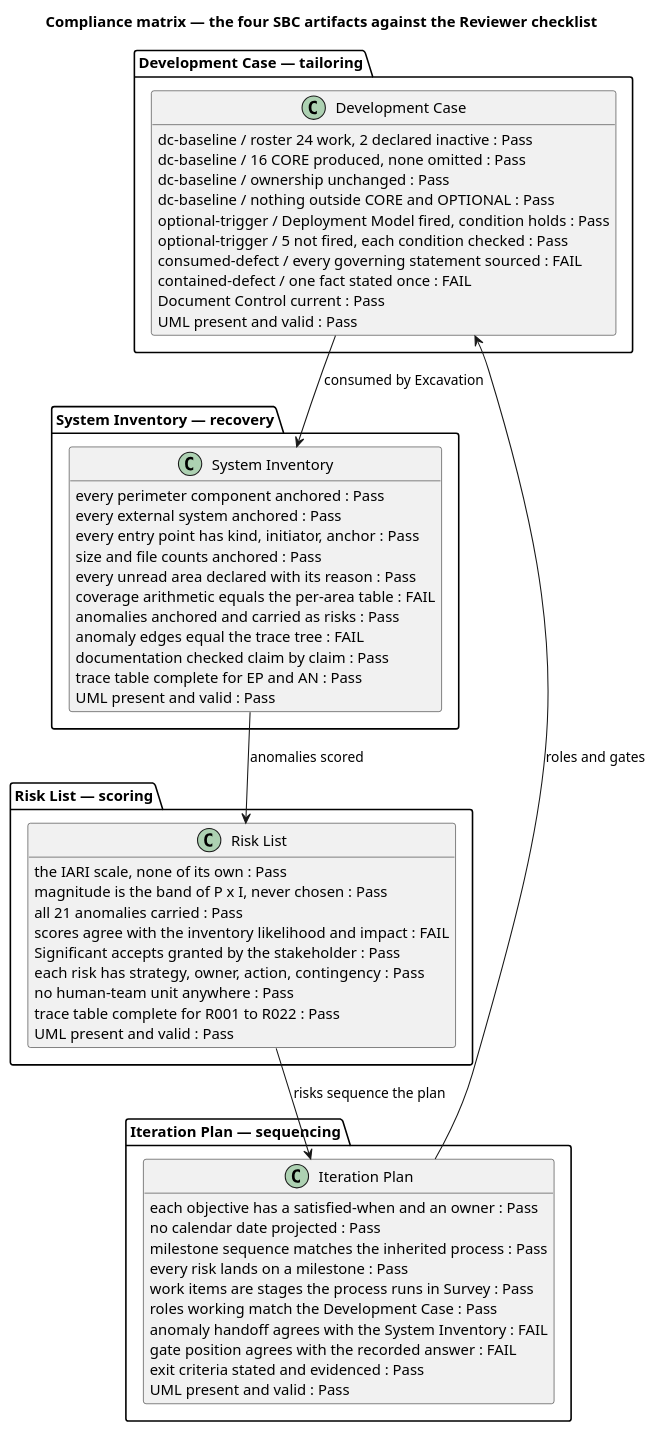
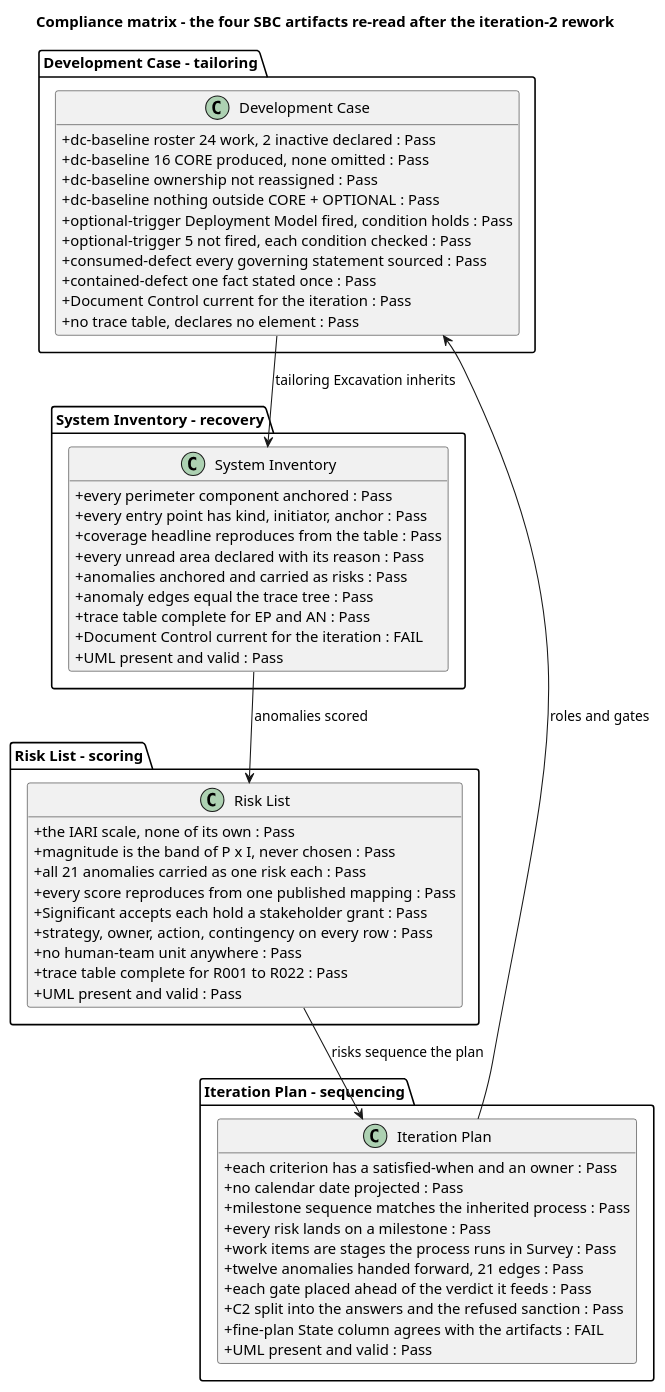
One commit to banense-test/TodoApp changed the first of 15 diagrams in docs/artifacts/project-management/review-record.md. Above: the diagram before and after it, drawn with PlantUML. The commit also changed other lines of this file, not shown here.

Commit message:
Reviewer [Survey2]: upsert Review Record
[skip ci]

````diff
--- a/docs/artifacts/project-management/review-record.md
+++ b/docs/artifacts/project-management/review-record.md
@@ -49,74 +47,72 @@
 ```plantuml
 @startuml
-title Compliance matrix — the four SBC artifacts against the Reviewer checklist
+title Compliance matrix - the four SBC artifacts re-read after the iteration-2 rework
 
 skinparam classAttributeIconSize 0
 skinparam shadowing false
 hide empty members
 
-package "Development Case — tailoring" {
+package "Development Case - tailoring" {
   class "Development Case" as DC {
-    dc-baseline / roster 24 work, 2 declared inactive : Pass
-    dc-baseline / 16 CORE produced, none omitted : Pass
-    dc-baseline / ownership unchanged : Pass
-    dc-baseline / nothing outside CORE and OPTIONAL : Pass
-    optional-trigger / Deployment Model fired, condition holds : Pass
-    optional-trigger / 5 not fired, each condition checked : Pass
-    consumed-defect / every governing statement sourced : FAIL
-    contained-defect / one fact stated once : FAIL
-    Document Control current : Pass
-    UML present and valid : Pass
+    + dc-baseline roster 24 work, 2 inactive declared : Pass
+    + dc-baseline 16 CORE produced, none omitted : Pass
+    + dc-baseline ownership not reassigned : Pass
+    + dc-baseline nothing outside CORE + OPTIONAL : Pass
+    + optional-trigger Deployment Model fired, condition holds : Pass
+    + optional-trigger 5 not fired, each condition checked : Pass
+    + consumed-defect every governing statement sourced : Pass
+    + contained-defect one fact stated once : Pass
+    + Document Control current for the iteration : Pass
+    + no trace table, declares no element : Pass
   }
 }
 
-package "System Inventory — recovery" {
+package "System Inventory - recovery" {
   class "System Inventory" as SI {
-    every perimeter component anchored : Pass
-    every external system anchored : Pass
-    every entry point has kind, initiator, anchor : Pass
-    size and file counts anchored : Pass
-    every unread area declared with its reason : Pass
-    coverage arithmetic equals the per-area table : FAIL
-    anomalies anchored and carried as risks : Pass
-    anomaly edges equal the trace tree : FAIL
-    documentation checked claim by claim : Pass
-    trace table complete for EP and AN : Pass
-    UML present and valid : Pass
+    + every perimeter component anchored : Pass
+    + every entry point has kind, initiator, anchor : Pass
+    + coverage headline reproduces from the table : Pass
+    + every unread area declared with its reason : Pass
+    + anomalies anchored and carried as risks : Pass
+    + anomaly edges equal the trace tree : Pass
+    + trace table complete for EP and AN : Pass
+    + Document Control current for the iteration : FAIL
+    + UML present and valid : Pass
   }
 }
 
-package "Risk List — scoring" {
+package "Risk List - scoring" {
   class "Risk List" as RL {
-    the IARI scale, none of its own : Pass
-    magnitude is the band of P x I, never chosen : Pass
-    all 21 anomalies carried : Pass
-    scores agree with the inventory likelihood and impact : FAIL
-    Significant accepts granted by the stakeholder : Pass
-    each risk has strategy, owner, action, contingency : Pass
-    no human-team unit anywhere : Pass
-    trace table complete for R001 to R022 : Pass
-    UML present and valid : Pass
+    + the IARI scale, none of its own : Pass
+    + magnitude is the band of P x I, never chosen : Pass
+    + all 21 anomalies carried as one risk each : Pass
+    + every score reproduces from one published mapping : Pass
+    + Significant accepts each hold a stakeholder grant : Pass
+    + strategy, owner, action, contingency on every row : Pass
+    + no human-team unit anywhere : Pass
+    + trace table complete for R001 to R022 : Pass
+    + UML present and valid : Pass
   }
 }
 
-package "Iteration Plan — sequencing" {
+package "Iteration Plan - sequencing" {
   class "Iteration Plan" as IP {
-    each objective has a satisfied-when and an owner : Pass
-    no calendar date projected : Pass
-    milestone sequence matches the inherited process : Pass
-    every risk lands on a milestone : Pass
-    work items are stages the process runs in Survey : Pass
-    roles working match the Development Case : Pass
-    anomaly handoff agrees with the System Inventory : FAIL
-    gate position agrees with the recorded answer : FAIL
-    exit criteria stated and evidenced : Pass
-    UML present and valid : Pass
+    + each criterion has a satisfied-when and an owner : Pass
+    + no calendar date projected : Pass
+    + milestone sequence matches the inherited process : Pass
+    + every risk lands on a milestone : Pass
+    + work items are stages the process runs in Survey : Pass
+    + twelve anomalies handed forward, 21 edges : Pass
+    + each gate placed ahead of the verdict it feeds : Pass
+    + C2 split into the answers and the refused sanction : Pass
+    + fine-plan State column agrees with the artifacts : FAIL
+    + UML present and valid : Pass
   }
 }
 
-DC --> SI : consumed by Excavation
+DC --> SI : tailoring Excavation inherits
 SI --> RL : anomalies scored
 RL --> IP : risks sequence the plan
 IP --> DC : roles and gates
 @enduml
 ```
````
